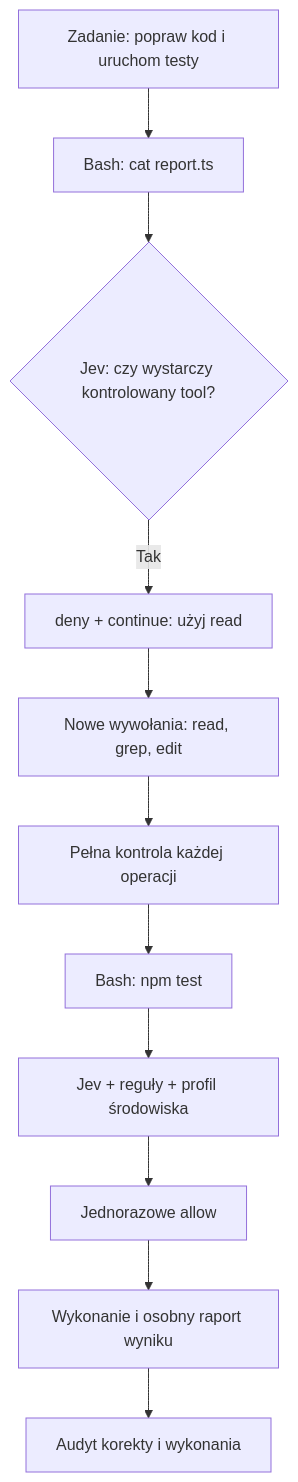
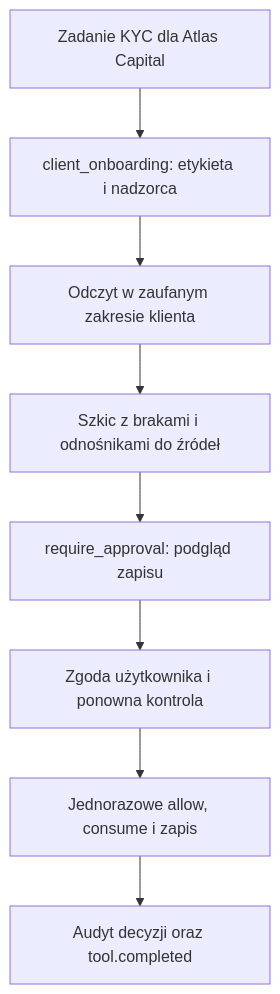
Before and after one commit to VashingMachine/hackyeah2026: the third of 5 diagrams in website/dist/docs/blackwall-koncepcja-i-plan-dema.md, drawn with Mermaid. The commit also changed other lines of this file and 7 other files, not shown here.

````diff
--- a/website/dist/docs/blackwall-koncepcja-i-plan-dema.md
+++ b/website/dist/docs/blackwall-koncepcja-i-plan-dema.md
@@ -806,13 +1033,10 @@
 ```mermaid
 flowchart TD
-    U[Zadanie: popraw kod i uruchom testy] --> C[Bash: cat report.ts]
-    C --> J{Jev: czy wystarczy kontrolowany tool?}
-    J -->|Tak| D[deny + continue: użyj read]
-    D --> R[Nowe wywołania: read, grep, edit]
-    R --> P[Pełna kontrola każdej operacji]
-    P --> T[Bash: npm test]
-    T --> K[Jev + reguły + profil środowiska]
-    K --> A[Jednorazowe allow]
-    A --> E[Wykonanie i osobny raport wyniku]
-    E --> L[Audyt korekty i wykonania]
+    U[Zadanie KYC dla Atlas Capital] --> T[client_onboarding: etykieta i nadzorca]
+    T --> R[Odczyt w zaufanym zakresie klienta]
+    R --> D[Szkic z brakami i odnośnikami do źródeł]
+    D --> A[require_approval: podgląd zapisu]
+    A --> C[Zgoda użytkownika i ponowna kontrola]
+    C --> W[Jednorazowe allow, consume i zapis]
+    W --> E[Audyt decyzji oraz tool.completed]
 ```
````
